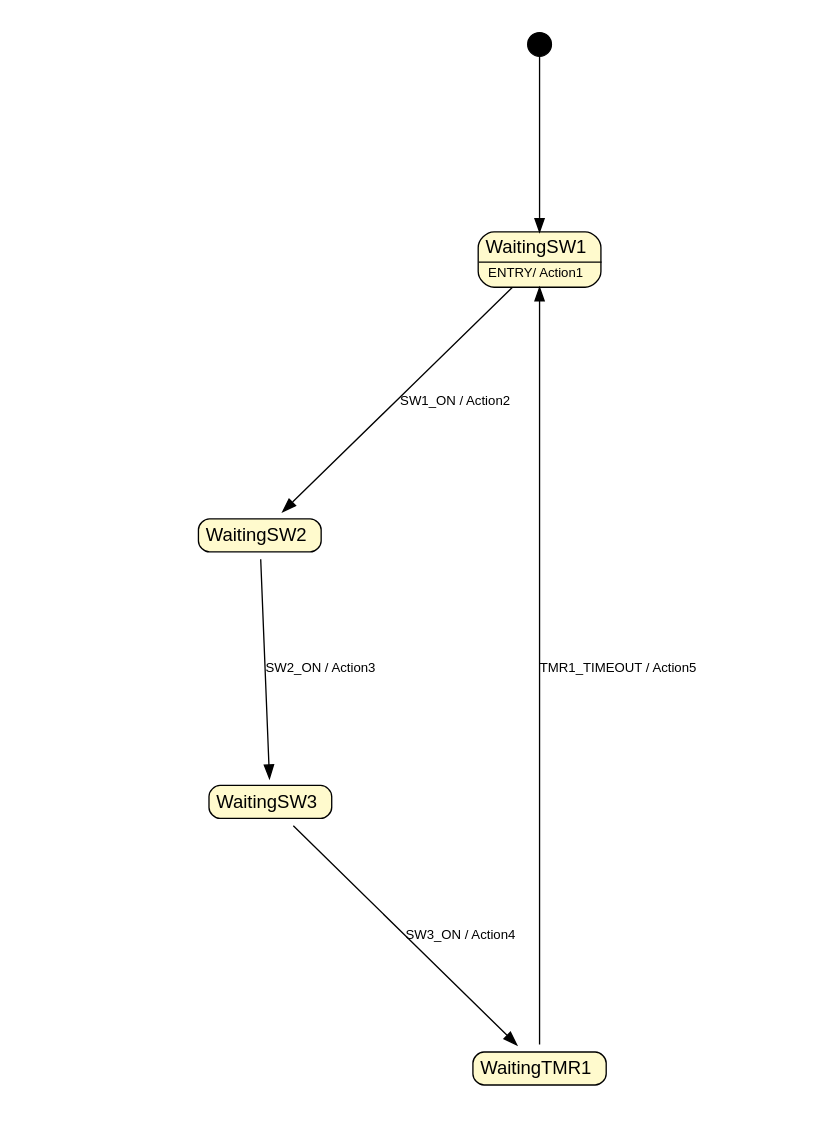
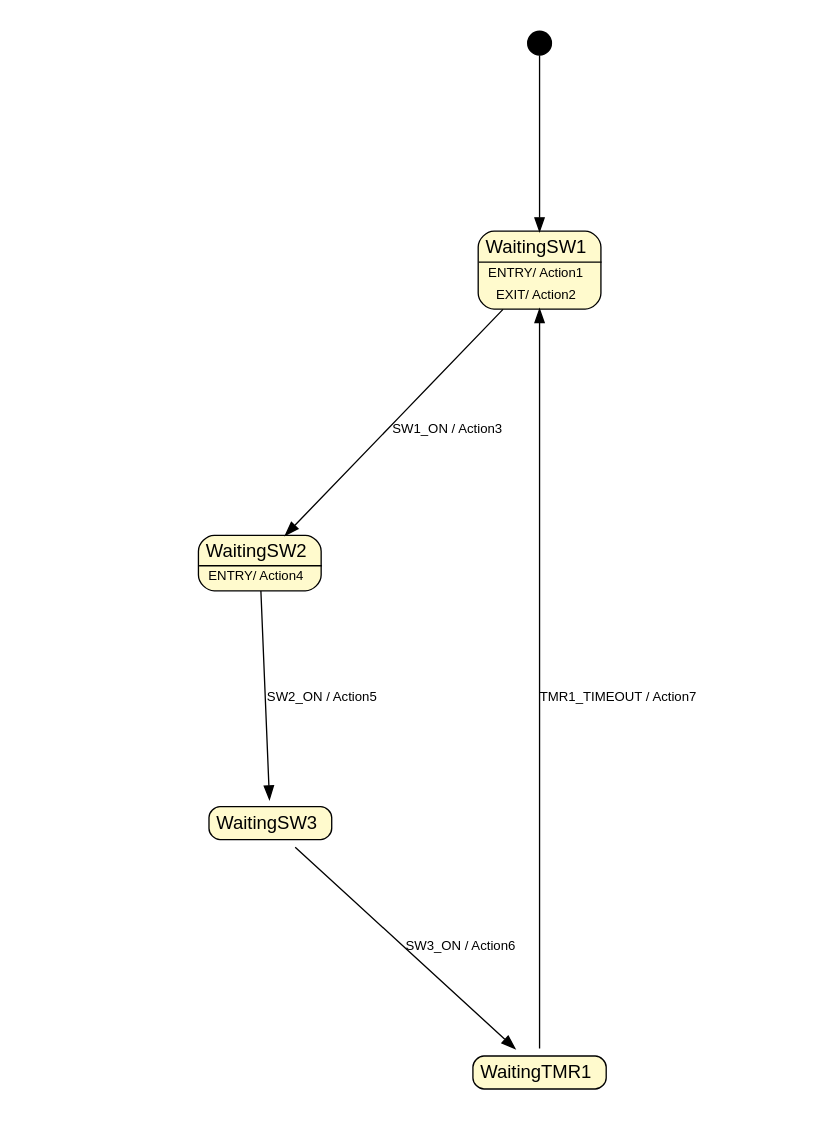
The diagram in v2/Demo/FsmDemo/Machine/fsmMachine.dot (Rafa350/EOS), drawn with Graphviz before and after one commit. The commit also changed 24 other files, not shown here.

```diff
--- a/v2/Demo/FsmDemo/Machine/fsmMachine.dot
+++ b/v2/Demo/FsmDemo/Machine/fsmMachine.dot
@@ -1,64 +1,64 @@
 digraph {
     ratio = "fill"
     size = "8.3,11.7!"
     margin = 0.5
     fontname = "arial"
     fontsize = 10
 
     node [
         fontname = "arial",
         fontsize = 14,
         shape = "none",
         margin = 0
     ]
 
     edge [
         fontname = "arial",
         fontsize = 10
     ]
 
     START [
         label= "",
         width = "0.25",
         height = "0.25",
         shape = "circle",
         style = "filled",
         fillcolor ="black"
     ]
 
     WaitingSW1 [
-        label = <<table cellborder="0" style="rounded" bgcolor="lemonchiffon"><tr><td><font point-size="14"> WaitingSW1 </font></td></tr><hr/><tr><td><font point-size="10"> ENTRY/ Action1 </font></td></tr></table>>
+        label = <<table cellborder="0" style="rounded" bgcolor="lemonchiffon"><tr><td><font point-size="14"> WaitingSW1 </font></td></tr><hr/><tr><td><font point-size="10"> ENTRY/ Action1 </font></td></tr><tr><td><font point-size="10"> EXIT/ Action2 </font></td></tr></table>>
     ];
 
     WaitingSW2 [
-        label = <<table cellborder="0" style="rounded" bgcolor="lemonchiffon"><tr><td><font point-size="14"> WaitingSW2 </font></td></tr></table>>
+        label = <<table cellborder="0" style="rounded" bgcolor="lemonchiffon"><tr><td><font point-size="14"> WaitingSW2 </font></td></tr><hr/><tr><td><font point-size="10"> ENTRY/ Action4 </font></td></tr></table>>
     ];
 
     WaitingSW3 [
         label = <<table cellborder="0" style="rounded" bgcolor="lemonchiffon"><tr><td><font point-size="14"> WaitingSW3 </font></td></tr></table>>
     ];
 
     WaitingTMR1 [
         label = <<table cellborder="0" style="rounded" bgcolor="lemonchiffon"><tr><td><font point-size="14"> WaitingTMR1 </font></td></tr></table>>
     ];
 
 
     START->WaitingSW1
 
     WaitingSW1->WaitingSW2 [
-        label = "SW1_ON / Action2"
+        label = "SW1_ON / Action3"
     ];
 
     WaitingSW2->WaitingSW3 [
-        label = "SW2_ON / Action3"
+        label = "SW2_ON / Action5"
     ];
 
     WaitingSW3->WaitingTMR1 [
-        label = "SW3_ON / Action4"
+        label = "SW3_ON / Action6"
     ];
 
     WaitingTMR1->WaitingSW1 [
-        label = "TMR1_TIMEOUT / Action5"
+        label = "TMR1_TIMEOUT / Action7"
     ];
 
 }
```
